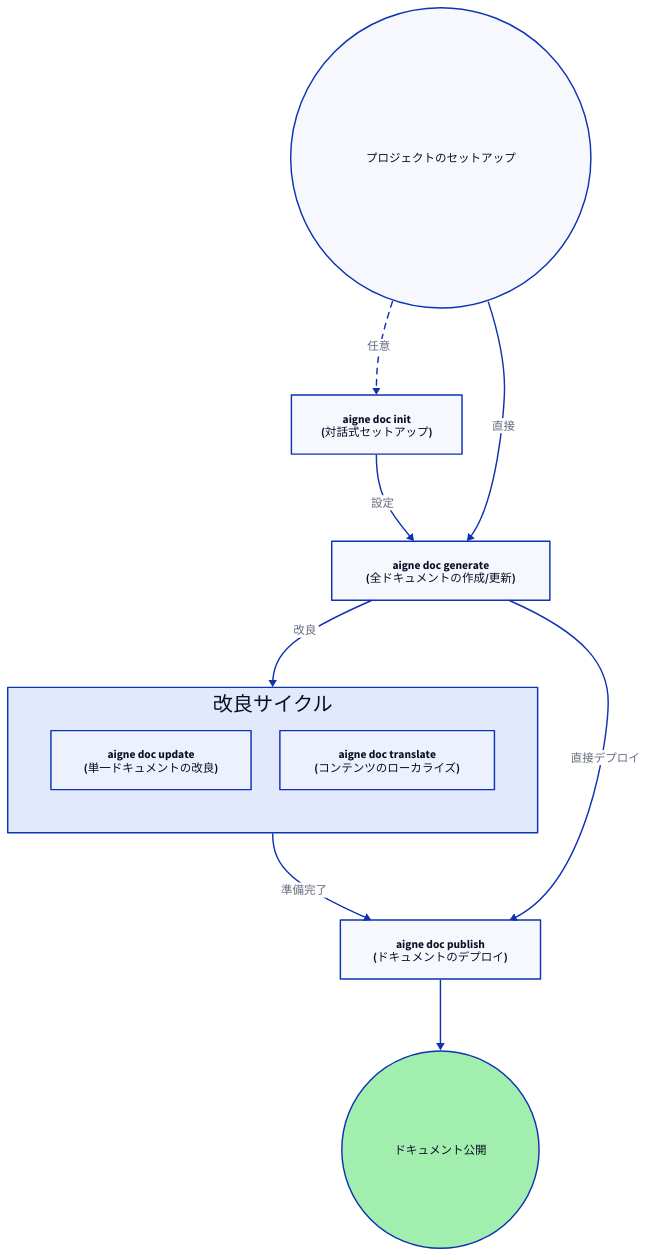
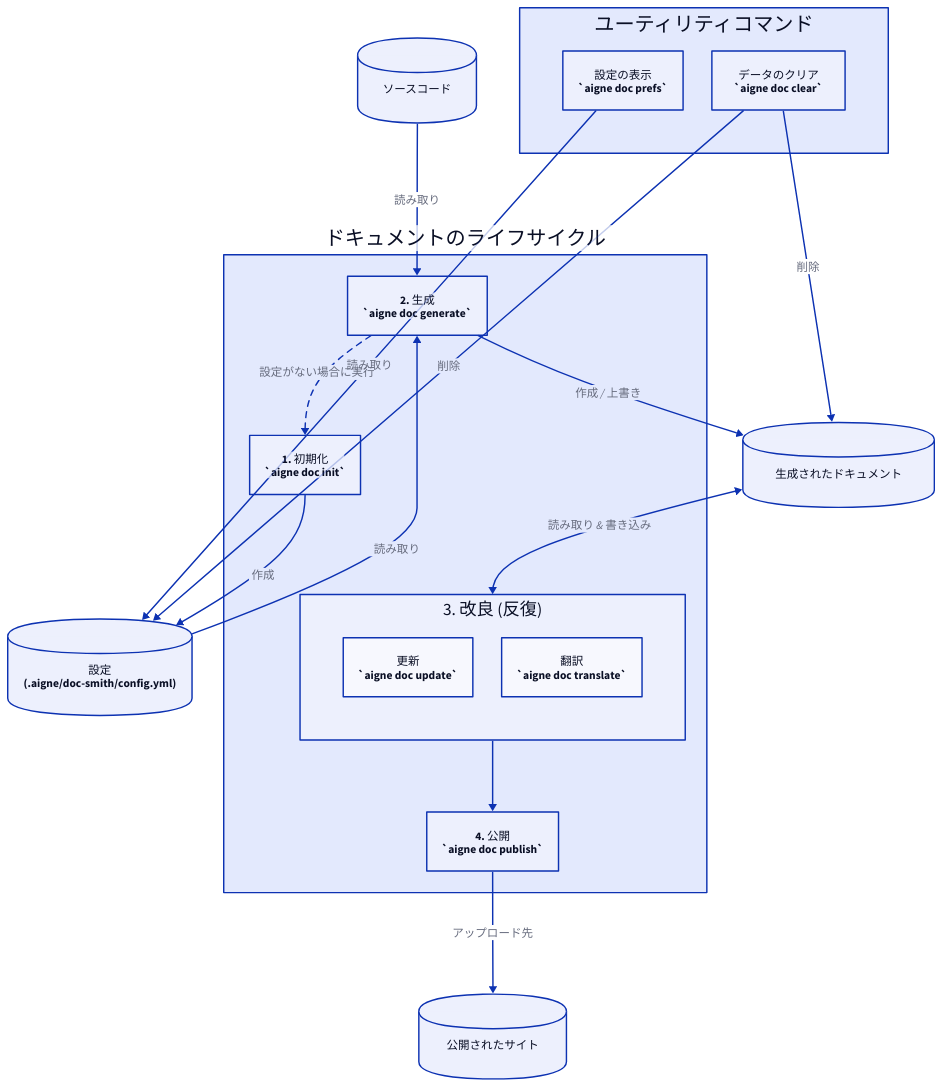
Before and after one commit to AIGNE-io/aigne-doc-smith: the diagram in docs/cli-reference.ja.md, drawn with D2. The commit also changed other lines of this file and 26 other files, not shown here.

````diff
--- a/docs/cli-reference.ja.md
+++ b/docs/cli-reference.ja.md
@@ -15,52 +15,95 @@
 ```d2
 direction: down
 
-Start: {
-  label: "プロジェクトのセットアップ"
-  shape: circle
+# Artifacts
+Source-Code: {
+  label: "ソースコード"
+  shape: cylinder
+}
+Configuration: {
+  label: "設定\n(.aigne/doc-smith/config.yml)"
+  shape: cylinder
+}
+Generated-Docs: {
+  label: "生成されたドキュメント"
+  shape: cylinder
+}
+Published-Docs: {
+  label: "公開されたサイト"
+  shape: cylinder
 }
 
-init: {
-  label: "aigne doc init\n(対話式セットアップ)"
-  shape: rectangle
-}
+# --- Core Workflow ---
+Lifecycle: {
+  label: "ドキュメントのライフサイクル"
+  
+  init: {
+    label: "1. 初期化\n`aigne doc init`"
+    shape: rectangle
+  }
 
-generate: {
-  label: "aigne doc generate\n(全ドキュメントの作成/更新)"
-  shape: rectangle
-}
+  generate: {
+    label: "2. 生成\n`aigne doc generate`"
+    shape: rectangle
+  }
 
-refinement-cycle: {
-  label: "改良サイクル"
-  shape: rectangle
-  grid-columns: 2
+  Refinement: {
+    label: "3. 改良 (反復)"
+    grid-columns: 2
 
-  update: {
-    label: "aigne doc update\n(単一ドキュメントの改良)"
+    update: {
+      label: "更新\n`aigne doc update`"
+      shape: rectangle
+    }
+    translate: {
+      label: "翻訳\n`aigne doc translate`"
+      shape: rectangle
+    }
   }
-  translate: {
-    label: "aigne doc translate\n(コンテンツのローカライズ)"
+
+  publish: {
+    label: "4. 公開\n`aigne doc publish`"
+    shape: rectangle
   }
 }
 
-publish: {
-  label: "aigne doc publish\n(ドキュメントのデプロイ)"
-  shape: rectangle
+# --- Utility Commands ---
+Utilities: {
+  label: "ユーティリティコマンド"
+  grid-columns: 2
+  
+  prefs: {
+    label: "設定の表示\n`aigne doc prefs`"
+    shape: rectangle
+  }
+  clear: {
+    label: "データのクリア\n`aigne doc clear`"
+    shape: rectangle
+  }
 }
 
-End: {
-  label: "ドキュメント公開"
-  shape: circle
-  style.fill: "#a2eeaf"
+
+# --- Connections ---
+
+# Setup and Generation
+Lifecycle.init -> Configuration: "作成"
+Source-Code -> Lifecycle.generate: "読み取り"
+Configuration -> Lifecycle.generate: "読み取り"
+Lifecycle.generate -> Generated-Docs: "作成 / 上書き"
+Lifecycle.generate -> Lifecycle.init: {
+  label: "設定がない場合に実行"
+  style.stroke-dash: 4
 }
 
-Start -> init: "任意" {
-  style.stroke-dash: 4
-}
-init -> generate: "設定"
-Start -> generate: "直接"
-generate -> refinement-cycle: "改良"
-refinement-cycle -> publish: "準備完了"
-generate -> publish: "直接デプロイ"
-publish -> End
+# Refinement Loop
+Generated-Docs <-> Lifecycle.Refinement: "読み取り & 書き込み"
+
+# Publishing
+Lifecycle.Refinement -> Lifecycle.publish
+Lifecycle.publish -> Published-Docs: "アップロード先"
+
+# Utility Connections
+Utilities.prefs -> Configuration: "読み取り"
+Utilities.clear -> Configuration: "削除"
+Utilities.clear -> Generated-Docs: "削除"
 ```
````
